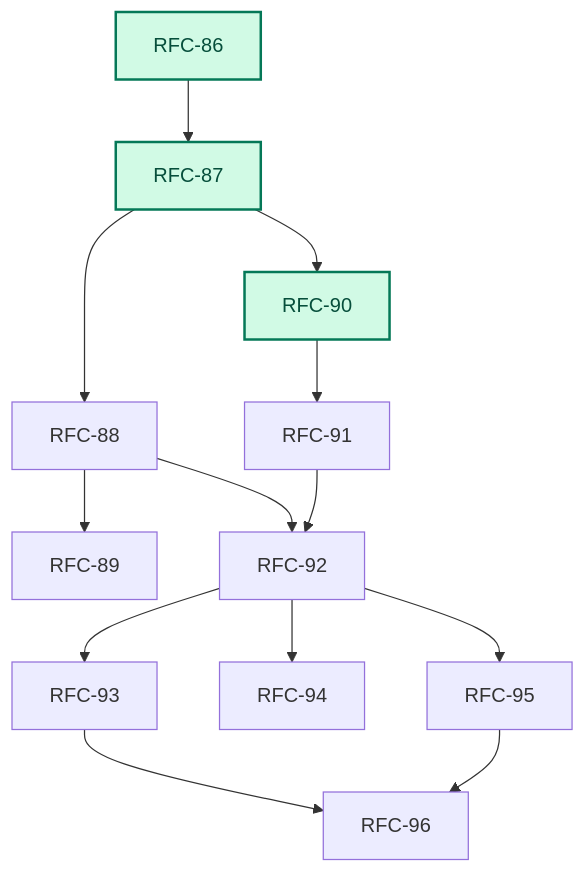
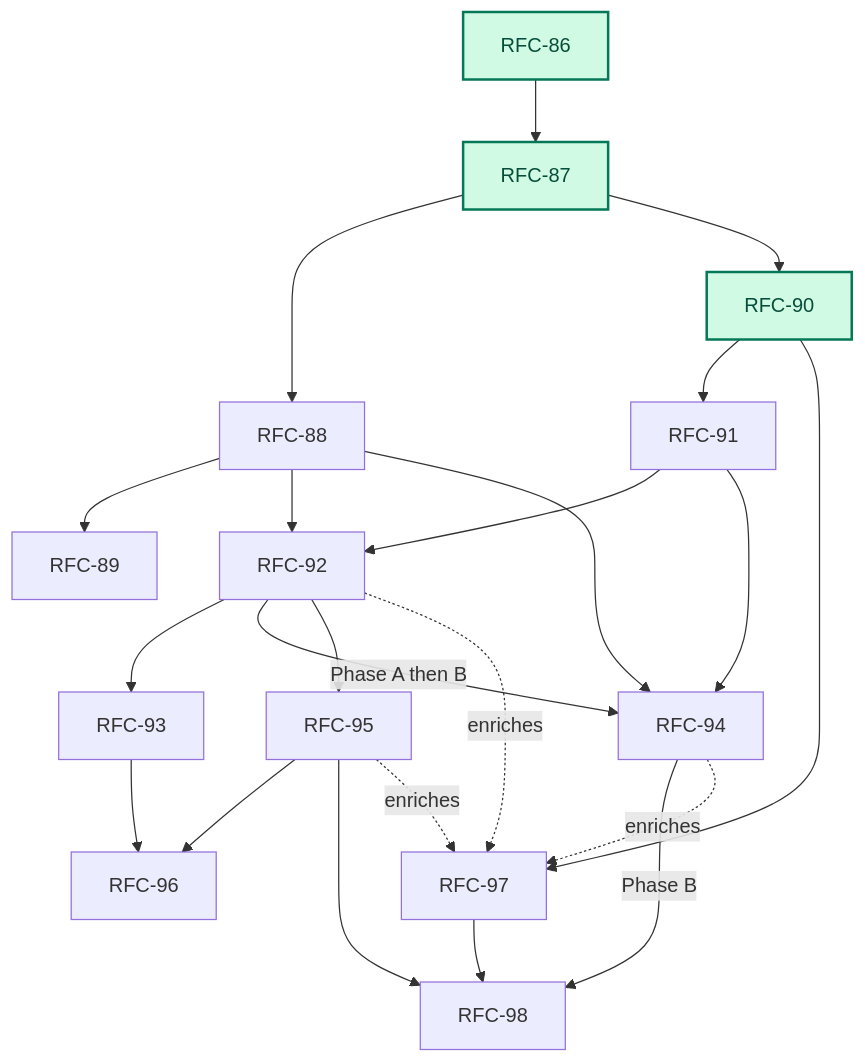
The first of 2 diagrams in rfcs/platform.md (augentic/anvil), drawn with Mermaid before and after one commit. The commit also changed other lines of this file and 12 other files, not shown here.

````diff
--- a/rfcs/platform.md
+++ b/rfcs/platform.md
@@ -27,18 +31,27 @@
 ```mermaid
 flowchart TD
     R86[RFC-86] --> R87[RFC-87]
     R87 --> R88[RFC-88]
     R87 --> R90[RFC-90]
     R88 --> R89[RFC-89]
     R88 --> R92[RFC-92]
     R90 --> R91[RFC-91]
     R91 --> R92
     R92 --> R93[RFC-93]
-    R92 --> R94[RFC-94]
+    R88 --> R94[RFC-94]
+    R91 --> R94
+    R92 -->|Phase A then B| R94
     R92 --> R95[RFC-95]
+    R90 --> R97[RFC-97]
     R93 --> R96[RFC-96]
     R95 --> R96
+    R94 -->|Phase B| R98[RFC-98]
+    R95 --> R98
+    R97 --> R98
+    R92 -. enriches .-> R97
+    R94 -. enriches .-> R97
+    R95 -. enriches .-> R97
 
     classDef implemented fill:#d1fae5,stroke:#047857,color:#064e3b,stroke-width:2px
     class R86,R87,R90 implemented
 ```
````
